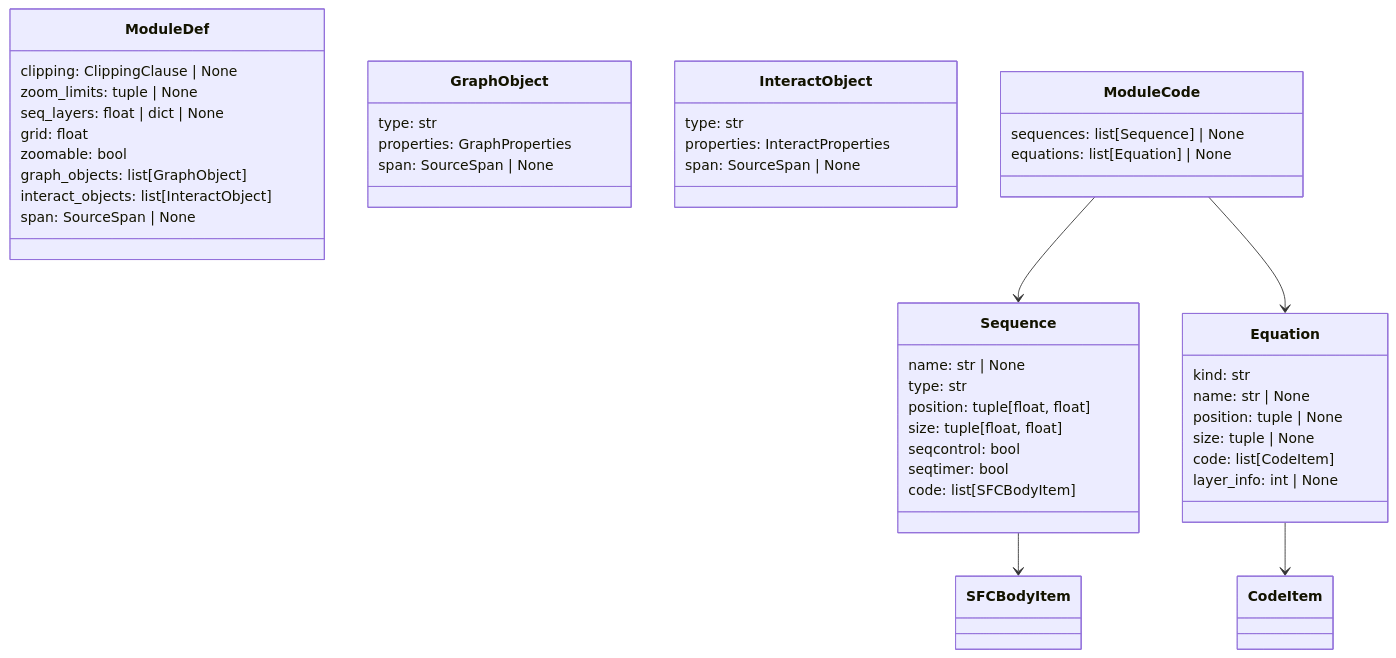
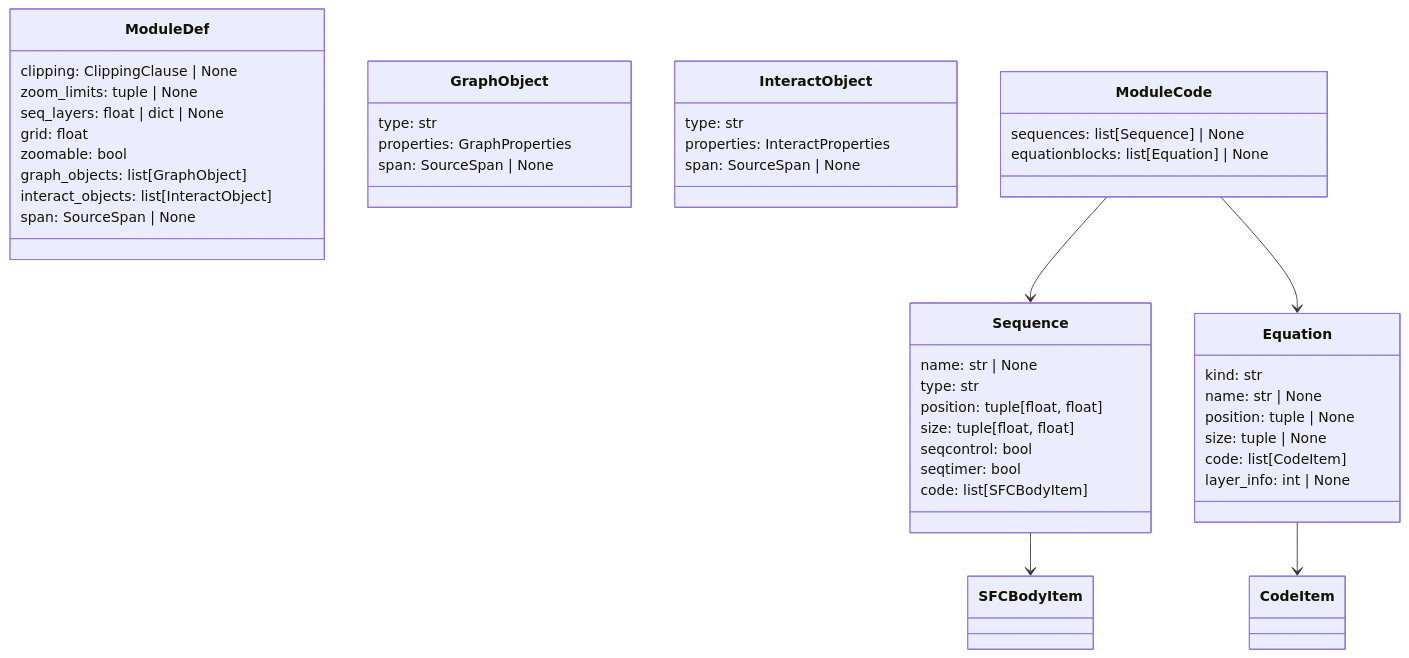
One commit to SorenHJohansen/sattline-parser changed the third of 6 diagrams in docs/ast.md. Above: the diagram before and after it, drawn with Mermaid. The commit also changed other lines of this file and 79 other files, not shown here.

````diff
--- a/docs/ast.md
+++ b/docs/ast.md
@@ -177,54 +176,54 @@
 ```mermaid
 classDiagram
     class ModuleDef {
         clipping: ClippingClause | None
         zoom_limits: tuple | None
         seq_layers: float | dict | None
         grid: float
         zoomable: bool
         graph_objects: list[GraphObject]
         interact_objects: list[InteractObject]
         span: SourceSpan | None
     }
 
     class GraphObject {
         type: str
         properties: GraphProperties
         span: SourceSpan | None
     }
 
     class InteractObject {
         type: str
         properties: InteractProperties
         span: SourceSpan | None
     }
 
     class ModuleCode {
         sequences: list[Sequence] | None
-        equations: list[Equation] | None
+        equationblocks: list[Equation] | None
     }
 
     class Sequence {
         name: str | None
         type: str
         position: tuple[float, float]
         size: tuple[float, float]
         seqcontrol: bool
         seqtimer: bool
         code: list[SFCBodyItem]
     }
 
     class Equation {
         kind: str
         name: str | None
         position: tuple | None
         size: tuple | None
         code: list[CodeItem]
         layer_info: int | None
     }
 
     ModuleCode --> Sequence
     ModuleCode --> Equation
     Sequence --> SFCBodyItem
     Equation --> CodeItem
 ```
````
